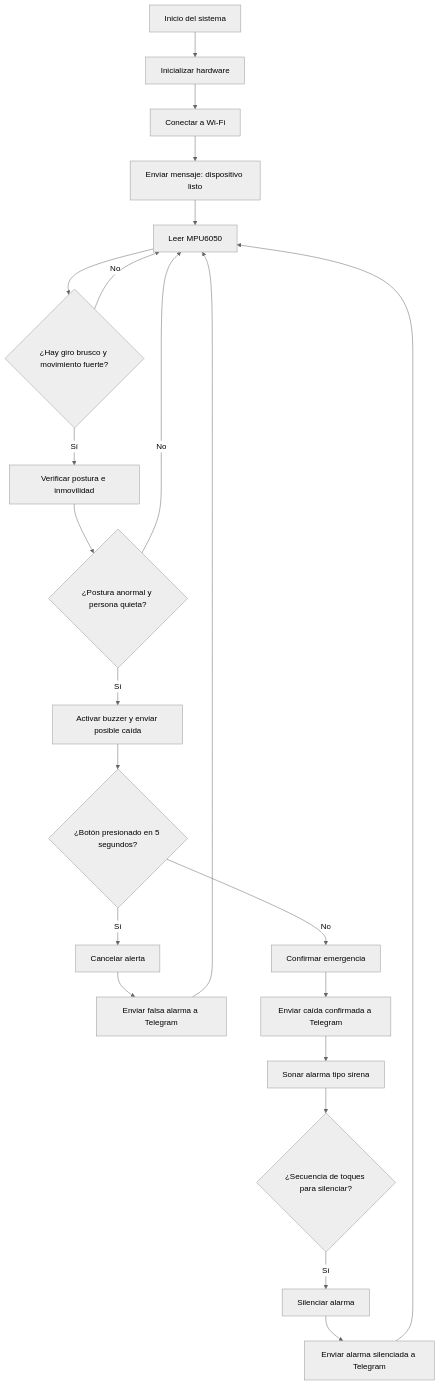
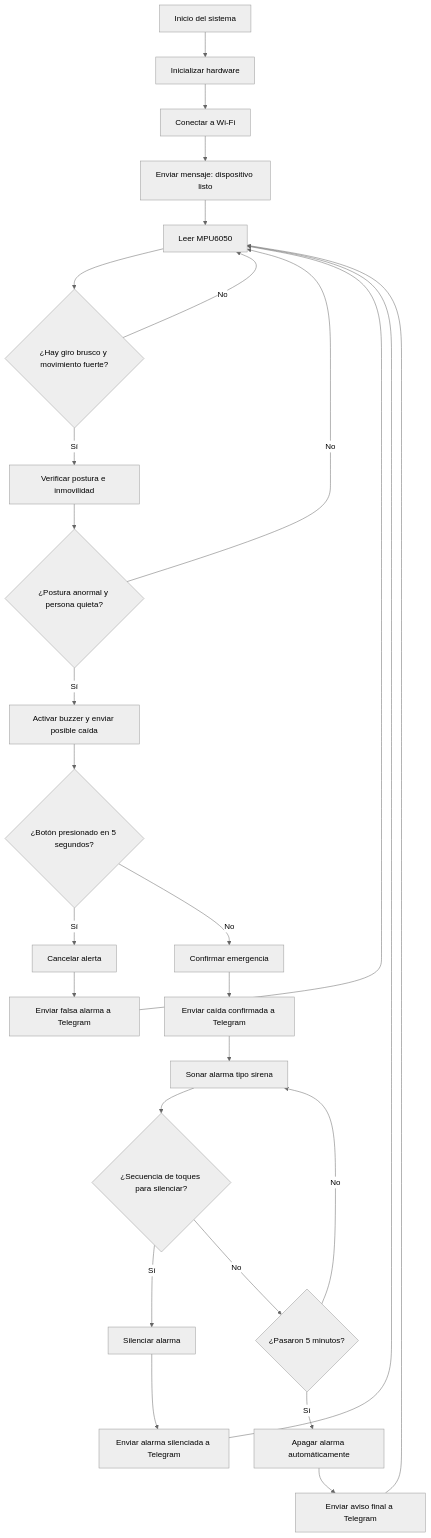
One commit to Harold855/Detector_de_Caidas-Raspberry_Pi_Pico_W changed the diagram in README.md. Above: the diagram before and after it, drawn with Mermaid (neutral theme).

Commit message:
README.md

````diff
--- a/README.md
+++ b/README.md
@@ -78,31 +78,37 @@
 ```mermaid
 flowchart TD 
    A[Inicio del sistema] --> B[Inicializar hardware] 
    B --> C[Conectar a Wi-Fi] 
    C --> D[Enviar mensaje: dispositivo listo] 
    D --> E[Leer MPU6050] 
    
    E --> F{¿Hay giro brusco y movimiento fuerte?} 
    
    F -- No --> E 
    F -- Sí --> G[Verificar postura e inmovilidad]
    G --> H{¿Postura anormal y persona quieta?} 
    H -- No --> E 
    H -- Sí --> I[Activar buzzer y enviar posible caída] 
    
    I --> J{¿Botón presionado en 5 segundos?} 
    
    J -- Sí --> K[Cancelar alerta] 
    K --> L[Enviar falsa alarma a Telegram]
    L --> E 
    
    J -- No --> M[Confirmar emergencia] 
    M --> N[Enviar caída confirmada a Telegram] 
    N --> O[Sonar alarma tipo sirena]
    
    O --> P{¿Secuencia de toques para silenciar?} 
    
    P -- Sí --> Q[Silenciar alarma]
    Q --> R[Enviar alarma silenciada a Telegram]
    R --> E
+
+   P -- No --> S{¿Pasaron 5 minutos?}
+   S -- No --> O
+   S -- Sí --> T[Apagar alarma automáticamente]
+   T --> U[Enviar aviso final a Telegram]
+   U --> E
 ```
````
